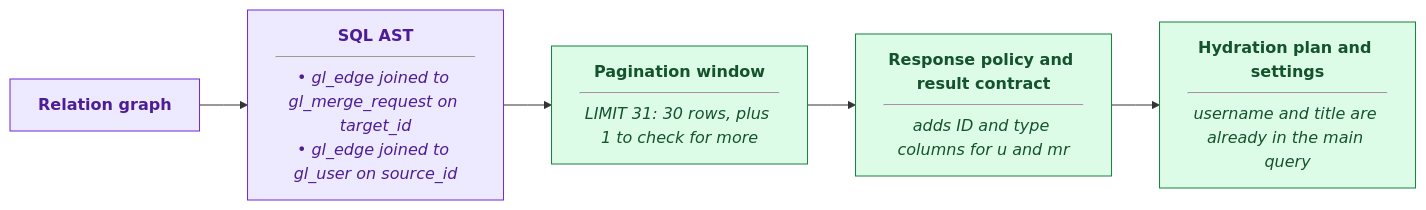
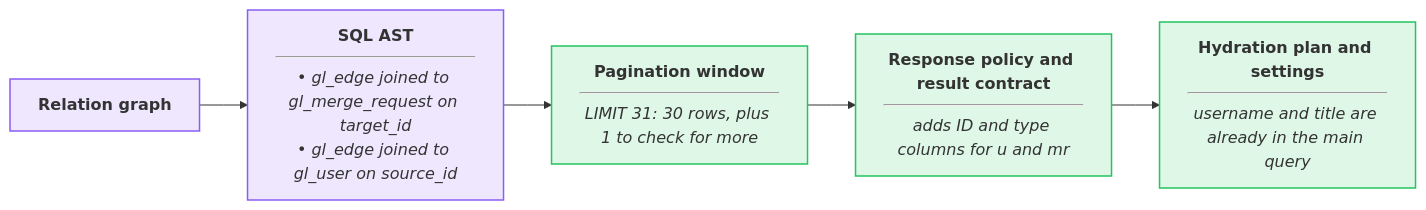
Before and after one commit to gitlabhq/orbit-knowledge-graph: the ninth of 10 diagrams in docs/pages/engineering/architecture/query-engine.md, drawn with Mermaid. The commit also changed other lines of this file and 5 other files, not shown here.

Commit message:
docs(architecture): rename to Orbit Query Engine and use theme-neutral diagram colors

````diff
--- a/docs/pages/engineering/architecture/query-engine.md
+++ b/docs/pages/engineering/architecture/query-engine.md
@@ -412,21 +412,21 @@
 ```mermaid
 %%{init: {"flowchart": {"curve": "linear", "nodeSpacing": 28, "rankSpacing": 48, "padding": 14}}}%%
 flowchart LR
     accTitle: Lowering and result shaping, with the example query
     accDescr: Lowering builds the SQL AST, then pagination, the response policy, the result contract, hydration planning, and settings shape it. For the example, the AST joins gl_edge to gl_merge_request and gl_user, the page is LIMIT 31, and the result contract adds ID and type columns for u and mr.
     Plan["<b>Relation graph</b>"]
     AST["<b>SQL AST</b><hr/><i>• gl_edge joined to gl_merge_request on target_id<br/>• gl_edge joined to gl_user on source_id</i>"]
     Page["<b>Pagination window</b><hr/><i>LIMIT 31: 30 rows, plus 1 to check for more</i>"]
     Shape["<b>Response policy and result contract</b><hr/><i>adds ID and type columns for u and mr</i>"]
     Extras["<b>Hydration plan and settings</b><hr/><i>username and title are already in the main query</i>"]
     Plan --> AST --> Page --> Shape --> Extras
 
-    classDef pass fill:#DCFCE7,stroke:#15803D,color:#14532D
-    classDef state fill:#EDE9FE,stroke:#6D28D9,color:#4C1D95
-    classDef caller fill:#FEF3C7,stroke:#B45309,color:#78350F
-    classDef data fill:#DBEAFE,stroke:#2563EB,color:#1E3A8A
-    classDef external fill:#F3F4F6,stroke:#6B7280,color:#111827
-    classDef reject fill:#FEE2E2,stroke:#B91C1C,color:#7F1D1D
+    classDef pass fill:#22C55E26,stroke:#22C55E,stroke-width:1.5px
+    classDef state fill:#8B5CF626,stroke:#8B5CF6,stroke-width:1.5px
+    classDef caller fill:#F59E0B26,stroke:#F59E0B,stroke-width:1.5px
+    classDef data fill:#3B82F626,stroke:#3B82F6,stroke-width:1.5px
+    classDef external fill:#9CA3AF26,stroke:#9CA3AF,stroke-width:1.5px
+    classDef reject fill:#EF444426,stroke:#EF4444,stroke-width:1.5px
     class Plan,AST state
     class Page,Shape,Extras pass
 ```
````
